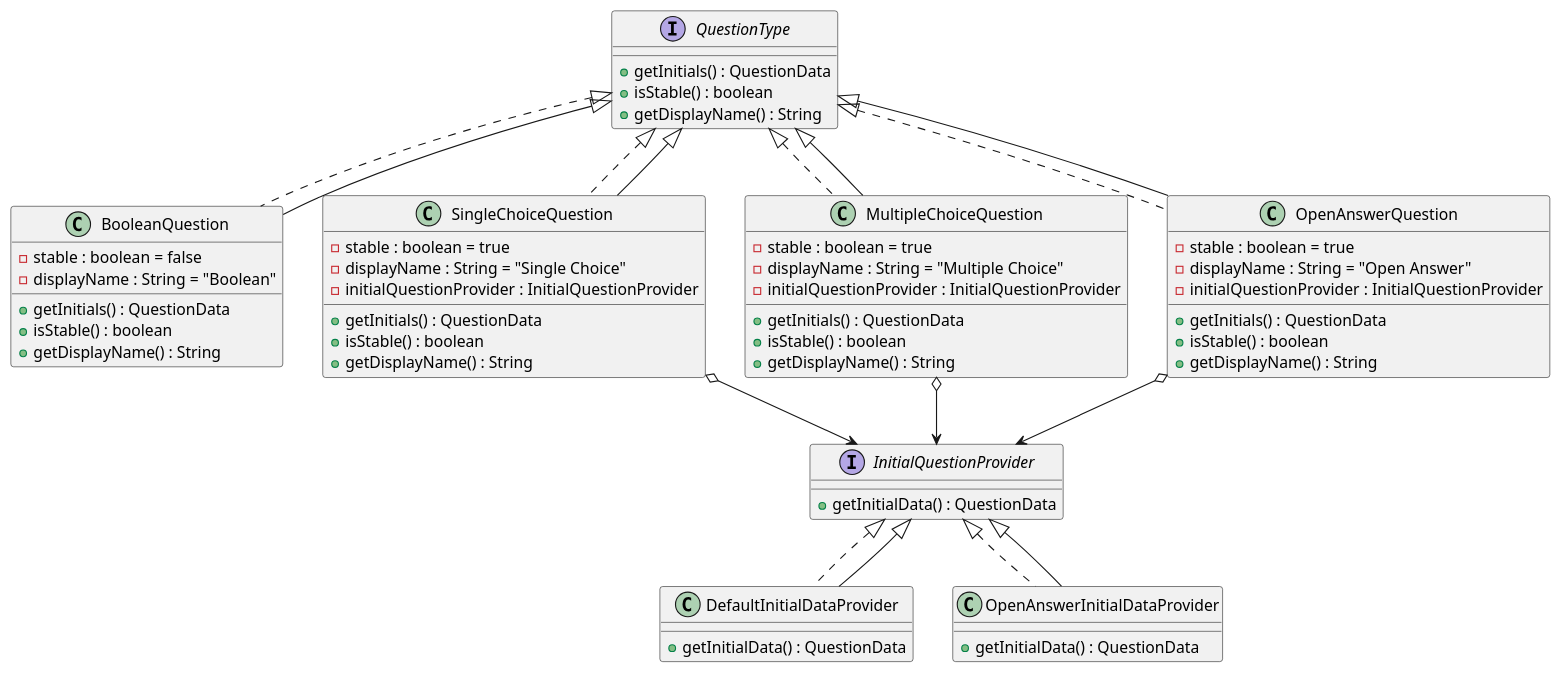
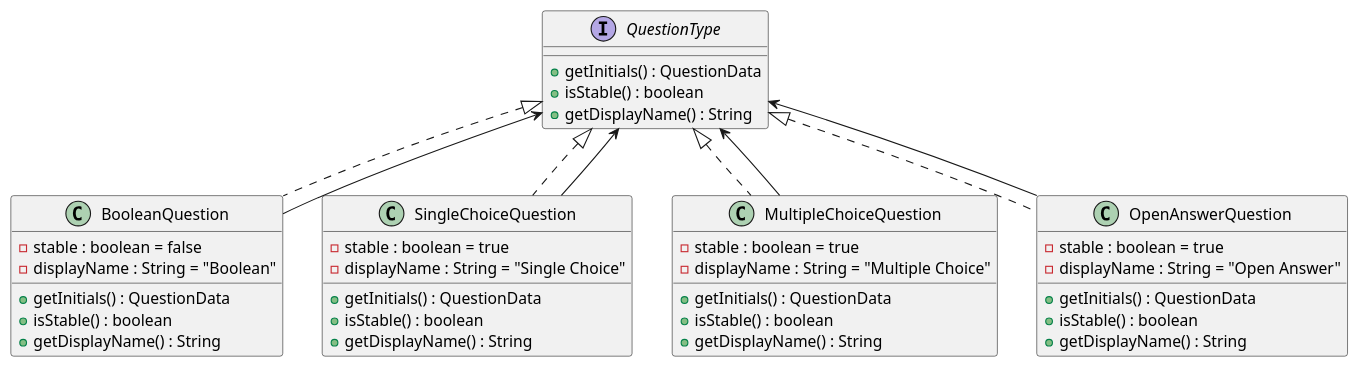
The diagram in src/main/java/structra/assignment/task/de/rub/client/QuestionTyped.puml (RUB-SE-24-25/assignment-08-framework-gehma), drawn with PlantUML before and after one commit. The commit also changed other lines of this file, not shown here.

Commit message:
Update the uml

```diff
--- a/src/main/java/structra/assignment/task/de/rub/client/QuestionTyped.puml
+++ b/src/main/java/structra/assignment/task/de/rub/client/QuestionTyped.puml
@@ -1,70 +3,55 @@
 @startuml
 
 interface QuestionType {
     + getInitials() : QuestionData
     + isStable() : boolean
     + getDisplayName() : String
 }
 
-interface InitialQuestionProvider {
-    + getInitialData() : QuestionData
-}
+
 
 class BooleanQuestion implements QuestionType {
     - stable : boolean = false
     - displayName : String = "Boolean"
     + getInitials() : QuestionData
     + isStable() : boolean
     + getDisplayName() : String
 }
 
 class SingleChoiceQuestion implements QuestionType {
     - stable : boolean = true
     - displayName : String = "Single Choice"
-    - initialQuestionProvider : InitialQuestionProvider
+
     + getInitials() : QuestionData
     + isStable() : boolean
     + getDisplayName() : String
 }
 
 class MultipleChoiceQuestion implements QuestionType {
     - stable : boolean = true
     - displayName : String = "Multiple Choice"
-    - initialQuestionProvider : InitialQuestionProvider
+
     + getInitials() : QuestionData
     + isStable() : boolean
     + getDisplayName() : String
 }
 
 class OpenAnswerQuestion implements QuestionType {
     - stable : boolean = true
     - displayName : String = "Open Answer"
-    - initialQuestionProvider : InitialQuestionProvider
     + getInitials() : QuestionData
     + isStable() : boolean
     + getDisplayName() : String
 }
 
-class DefaultInitialDataProvider implements InitialQuestionProvider {
-    + getInitialData() : QuestionData
-}
-
-class OpenAnswerInitialDataProvider implements InitialQuestionProvider {
-    + getInitialData() : QuestionData
-}
 
 
 
-QuestionType <|-- BooleanQuestion
-QuestionType <|-- SingleChoiceQuestion
-QuestionType <|-- MultipleChoiceQuestion
-QuestionType <|-- OpenAnswerQuestion
 
-InitialQuestionProvider <|-- DefaultInitialDataProvider
-InitialQuestionProvider <|-- OpenAnswerInitialDataProvider
 
-SingleChoiceQuestion o--> InitialQuestionProvider
-MultipleChoiceQuestion o--> InitialQuestionProvider
-OpenAnswerQuestion o--> InitialQuestionProvider
+QuestionType <-- BooleanQuestion
+QuestionType <-- SingleChoiceQuestion
+QuestionType <-- MultipleChoiceQuestion
+QuestionType <-- OpenAnswerQuestion
 
 @enduml
```
